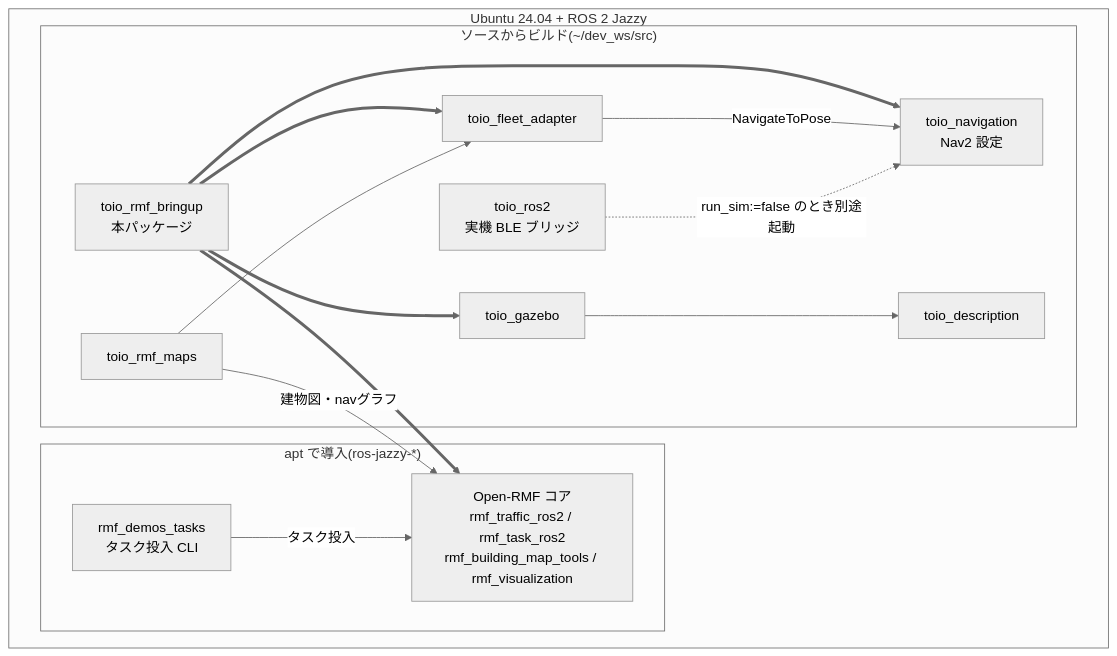
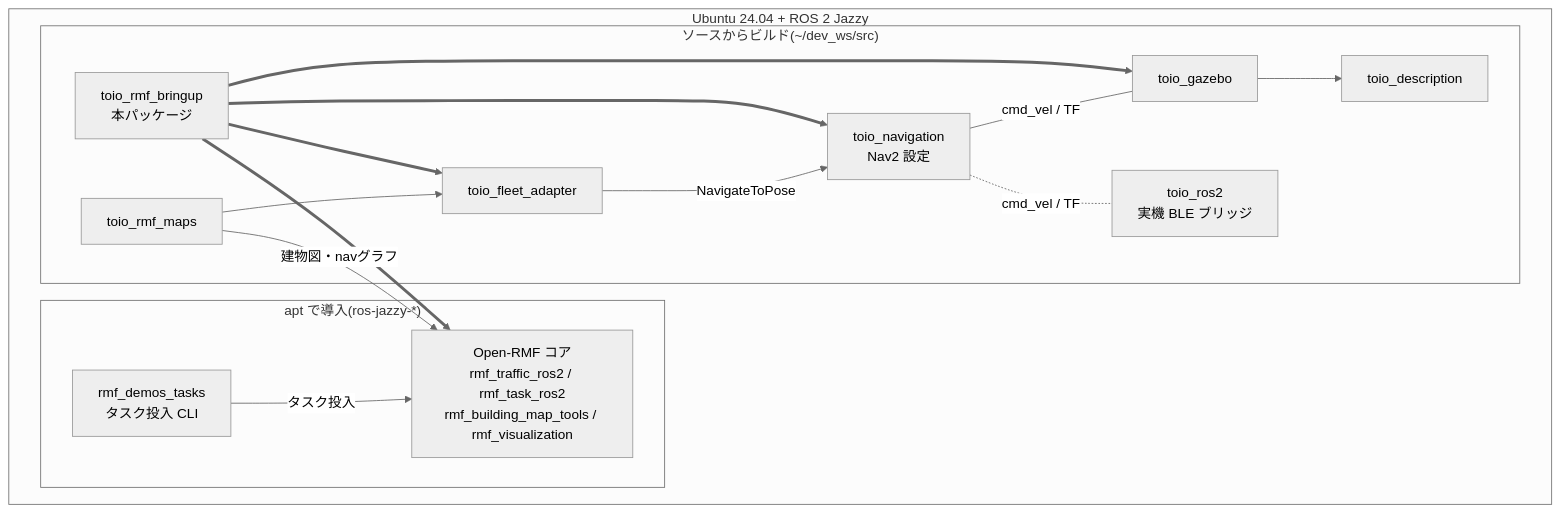
One commit to atinfinity/toio_rmf_bringup changed the diagram in README.md. Above: the diagram before and after it, drawn with Mermaid (neutral theme). The commit also changed other lines of this file, not shown here.

First line of the commit message:
docs: 構成図にNav2とロボット層の接続を追加

````diff
--- a/README.md
+++ b/README.md
@@ -15,29 +15,30 @@
 ```mermaid
 flowchart TB
   subgraph jazzy["Ubuntu 24.04 + ROS 2 Jazzy"]
     subgraph apt["apt で導入(ros-jazzy-*)"]
       CORE["Open-RMF コア<br/>rmf_traffic_ros2 / rmf_task_ros2<br/>rmf_building_map_tools / rmf_visualization"]
       CLI["rmf_demos_tasks<br/>タスク投入 CLI"]
     end
     subgraph src["ソースからビルド(~/dev_ws/src)"]
       BRINGUP["toio_rmf_bringup<br/>本パッケージ"]
       FA["toio_fleet_adapter"]
       MAPS["toio_rmf_maps"]
       NAVI["toio_navigation<br/>Nav2 設定"]
       GZ["toio_gazebo"]
       DESC["toio_description"]
       TR["toio_ros2<br/>実機 BLE ブリッジ"]
     end
   end
 
   BRINGUP ==> CORE
   BRINGUP ==> FA
   BRINGUP ==> GZ
   BRINGUP ==> NAVI
   CLI -->|"タスク投入"| CORE
   MAPS -->|"建物図・navグラフ"| CORE
   MAPS --> FA
   FA -->|"NavigateToPose"| NAVI
   GZ --> DESC
-  TR -.->|"run_sim:=false のとき別途起動"| NAVI
+  NAVI ---|"cmd_vel / TF"| GZ
+  NAVI -.-|"cmd_vel / TF"| TR
 ```
````
